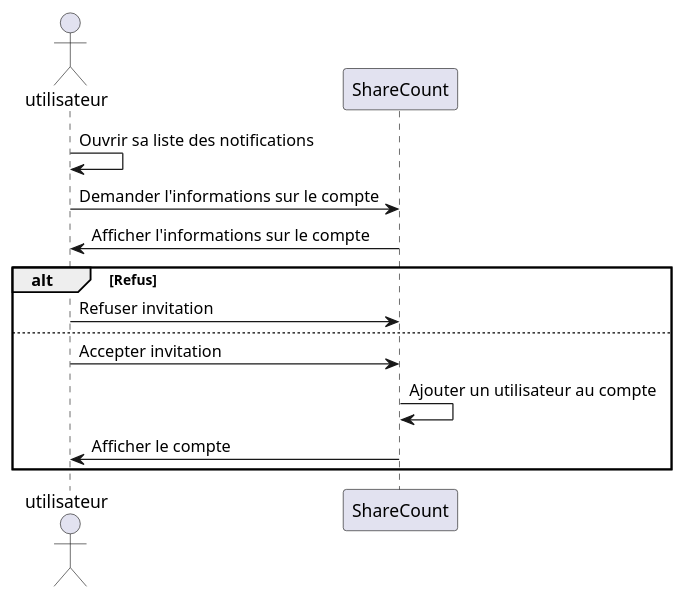
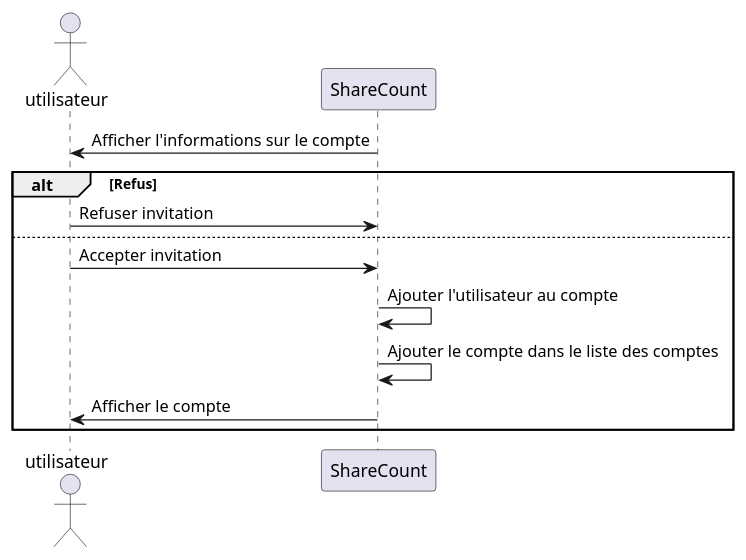
The diagram in diagrammes/specification/sequence/accepter-une-demande-d'ajout.puml (lmtb06/sharecount), drawn with PlantUML before and after one commit. The commit also changed 4 other files, not shown here.

Commit message:
Modification des diagrammes 7-10

```diff
--- a/diagrammes/specification/sequence/accepter-une-demande-d'ajout.puml
+++ b/diagrammes/specification/sequence/accepter-une-demande-d'ajout.puml
@@ -1,24 +1,23 @@
 @startuml  Accepter une demande d’ajout
 
 actor utilisateur as u
 participant ShareCount as sc
 
-u -> u : Ouvrir sa liste des notifications
-
-u -> sc : Demander l'informations sur le compte
 sc -> u : Afficher l'informations sur le compte
 
 alt Refus
 u -> sc : Refuser invitation
 else
 
 u -> sc : Accepter invitation
-sc -> sc : Ajouter un utilisateur au compte
+sc -> sc : Ajouter l'utilisateur au compte
+sc -> sc : Ajouter le compte dans le liste des comptes
+
 sc -> u : Afficher le compte
 
 
 end
 
 
 
 @enduml
```
